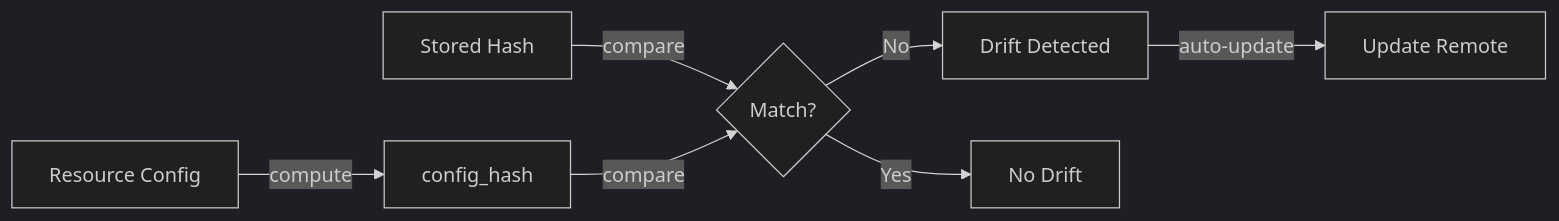
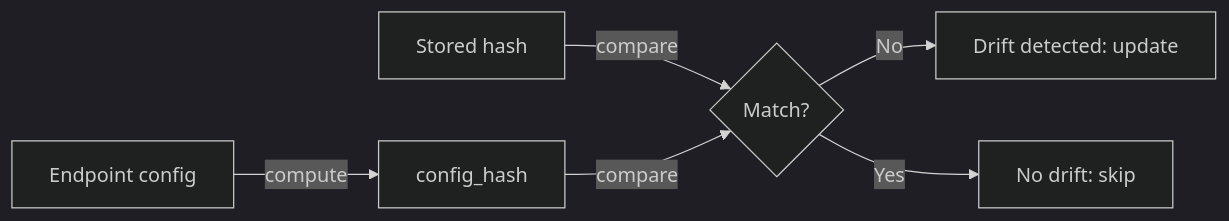
Before and after one commit to runpod/flash: the diagram in docs/Resource_Config_Drift_Detection.md, drawn with Mermaid (dark theme). The commit also changed other lines of this file and 22 other files, not shown here.

````diff
--- a/docs/Resource_Config_Drift_Detection.md
+++ b/docs/Resource_Config_Drift_Detection.md
@@ -9,9 +9,8 @@
 ```mermaid
 graph LR
-    A["Resource Config"] -->|compute| B["config_hash"]
-    C["Stored Hash"] -->|compare| D{Match?}
+    A["Endpoint config"] -->|compute| B["config_hash"]
+    C["Stored hash"] -->|compare| D{Match?}
     B -->|compare| D
-    D -->|No| E["Drift Detected"]
-    D -->|Yes| F["No Drift"]
-    E -->|auto-update| G["Update Remote"]
+    D -->|No| E["Drift detected: update"]
+    D -->|Yes| F["No drift: skip"]
 ```
````
